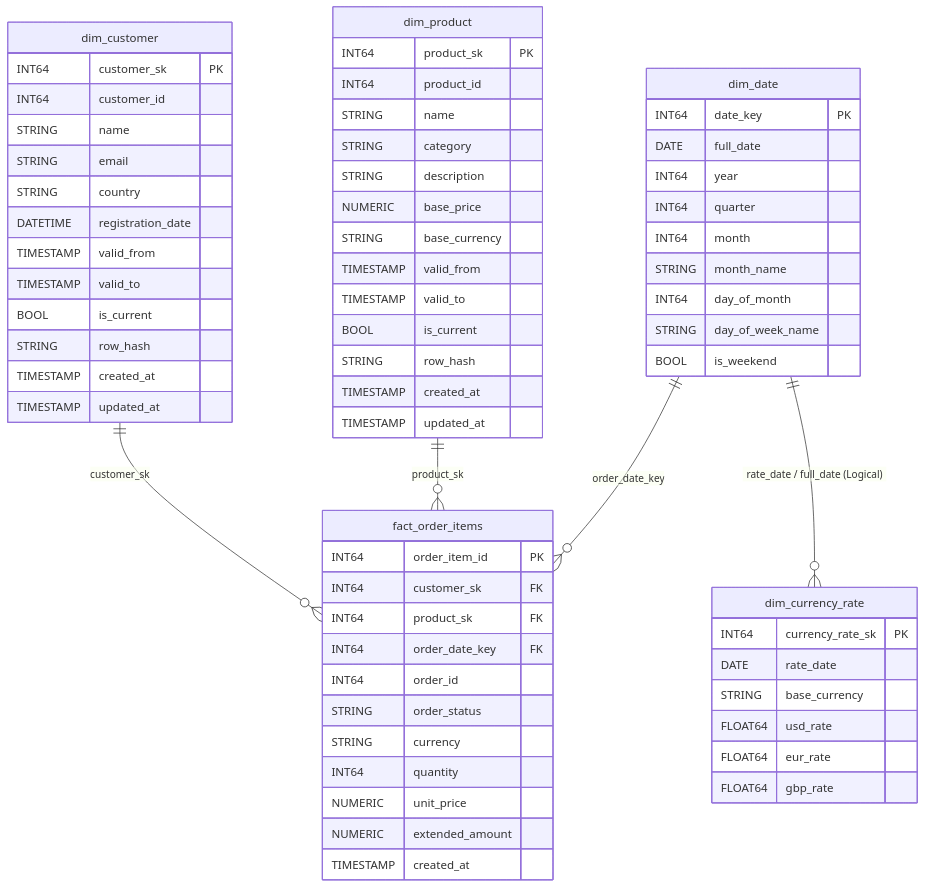
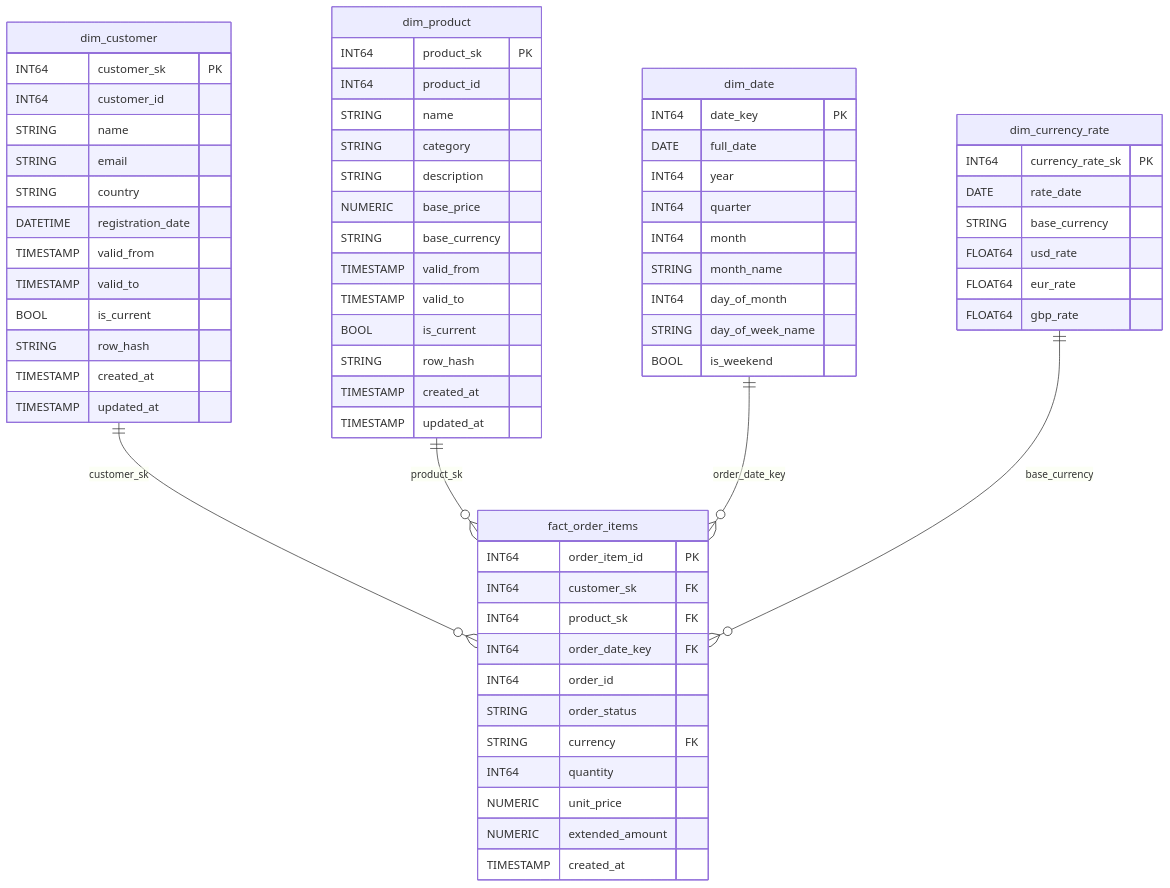
The diagram in diagrams/dimension_diagram.mmd (rrauvers/code-challenge), drawn with Mermaid before and after one commit.

```diff
--- a/diagrams/dimension_diagram.mmd
+++ b/diagrams/dimension_diagram.mmd
@@ -1,74 +1,74 @@
 erDiagram
     %% Fact Table
     fact_order_items {
         INT64 order_item_id PK
         INT64 customer_sk FK
         INT64 product_sk FK
         INT64 order_date_key FK
         INT64 order_id
         STRING order_status
-        STRING currency
+        STRING currency FK
         INT64 quantity
         NUMERIC unit_price
         NUMERIC extended_amount
         TIMESTAMP created_at
     }
 
     %% Dimension Tables
     dim_customer {
         INT64 customer_sk PK
         INT64 customer_id
         STRING name
         STRING email
         STRING country
         DATETIME registration_date
         TIMESTAMP valid_from
         TIMESTAMP valid_to
         BOOL is_current
         STRING row_hash
         TIMESTAMP created_at
         TIMESTAMP updated_at
     }
 
     dim_product {
         INT64 product_sk PK
         INT64 product_id
         STRING name
         STRING category
         STRING description
         NUMERIC base_price
         STRING base_currency
         TIMESTAMP valid_from
         TIMESTAMP valid_to
         BOOL is_current
         STRING row_hash
         TIMESTAMP created_at
         TIMESTAMP updated_at
     }
 
     dim_date {
         INT64 date_key PK
         DATE full_date
         INT64 year
         INT64 quarter
         INT64 month
         STRING month_name
         INT64 day_of_month
         STRING day_of_week_name
         BOOL is_weekend
     }
 
     dim_currency_rate {
         INT64 currency_rate_sk PK
         DATE rate_date
         STRING base_currency
         FLOAT64 usd_rate
         FLOAT64 eur_rate
         FLOAT64 gbp_rate
     }
 
     %% Relationships (Star Schema)
     dim_customer ||--o{ fact_order_items : "customer_sk"
     dim_product ||--o{ fact_order_items : "product_sk"
     dim_date ||--o{ fact_order_items : "order_date_key"
-    dim_date ||--o{ dim_currency_rate : "rate_date / full_date (Logical)"
+    dim_currency_rate ||--o{ fact_order_items : "base_currency"
```
